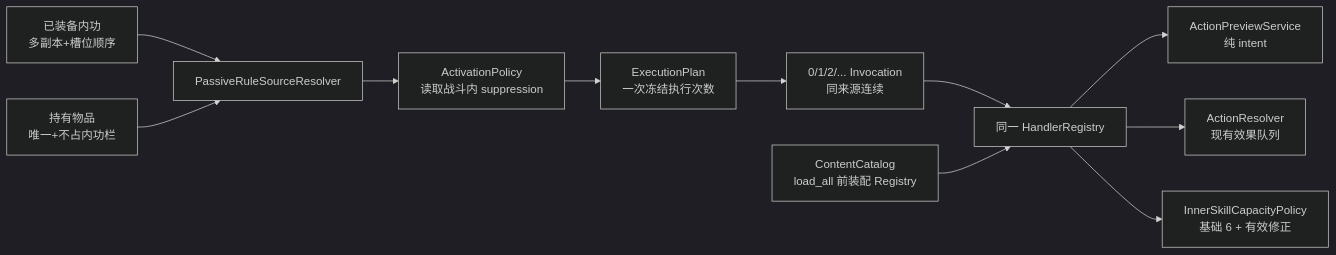
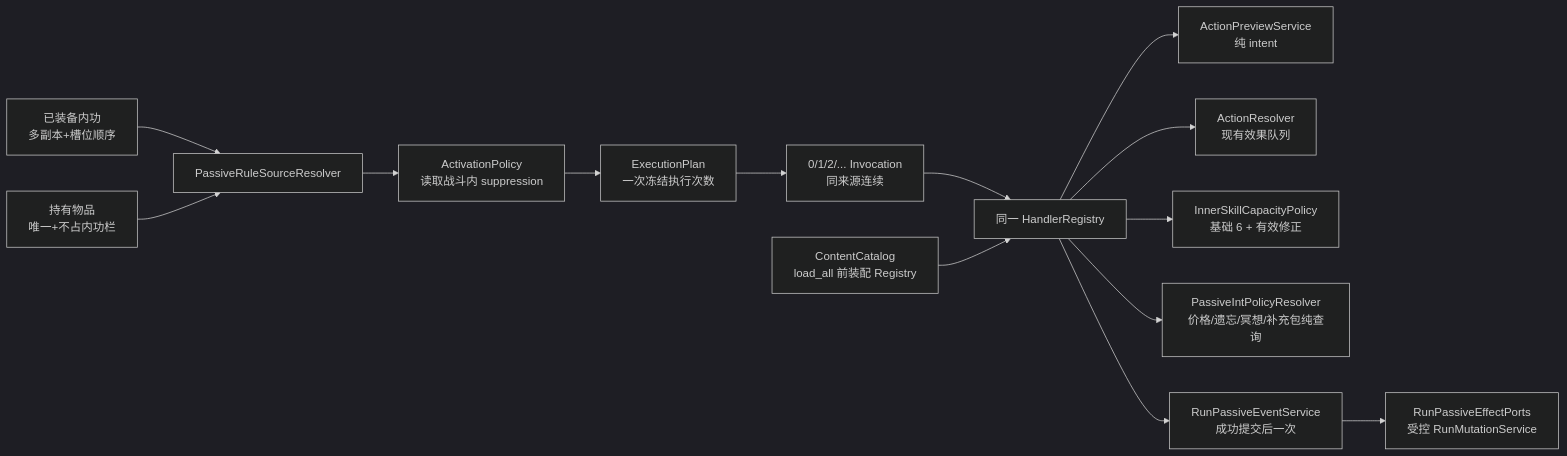
Before and after one commit to duguyumei/games: diagram 15 of 15 in combo_duel_vslice/docs/architecture-diagrams.md, drawn with Mermaid (dark theme). The commit also changed other lines of this file and 25 other files, not shown here.

````diff
--- a/combo_duel_vslice/docs/architecture-diagrams.md
+++ b/combo_duel_vslice/docs/architecture-diagrams.md
@@ -545,13 +545,16 @@
 ```mermaid
 flowchart LR
     INNER["已装备内功<br/>多副本+槽位顺序"] --> SRC["PassiveRuleSourceResolver"]
     ITEM["持有物品<br/>唯一+不占内功栏"] --> SRC
     SRC --> ACT["ActivationPolicy<br/>读取战斗内 suppression"]
     ACT --> PLAN["ExecutionPlan<br/>一次冻结执行次数"]
     PLAN --> INV["0/1/2/... Invocation<br/>同来源连续"]
     INV --> REG["同一 HandlerRegistry"]
     REG --> PREVIEW["ActionPreviewService<br/>纯 intent"]
     REG --> RESOLVE["ActionResolver<br/>现有效果队列"]
     REG --> CAP["InnerSkillCapacityPolicy<br/>基础 6 + 有效修正"]
+    REG --> INT["PassiveIntPolicyResolver<br/>价格/遗忘/冥想/补充包纯查询"]
+    REG --> EVENT["RunPassiveEventService<br/>成功提交后一次"]
+    EVENT --> PORTS["RunPassiveEffectPorts<br/>受控 RunMutationService"]
     CAT["ContentCatalog<br/>load_all 前装配 Registry"] --> REG
 ```
````
